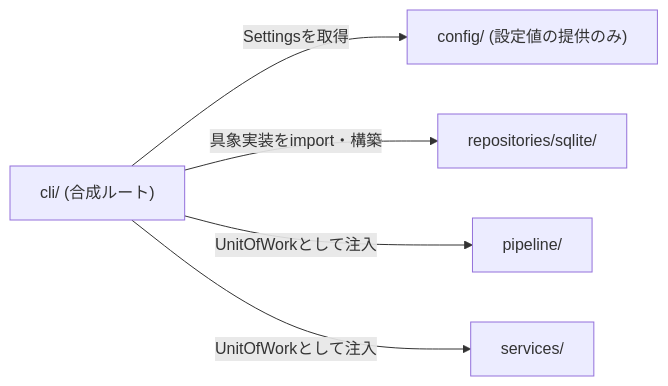
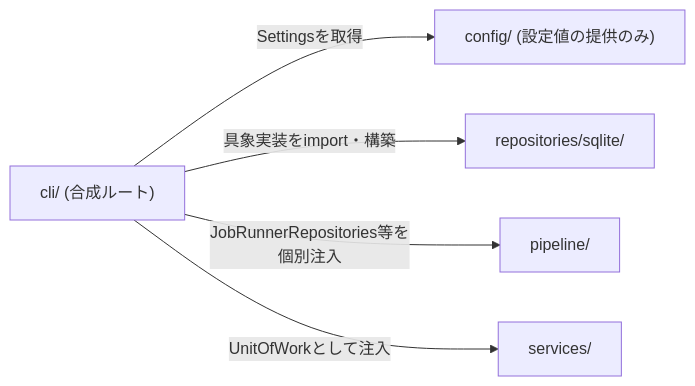
One commit to yastdKHS/MOD_Personnel_DB changed the second of 2 diagrams in docs/api/dependency-rule.md. Above: the diagram before and after it, drawn with Mermaid. The commit also changed other lines of this file and 7 other files, not shown here.

````diff
--- a/docs/api/dependency-rule.md
+++ b/docs/api/dependency-rule.md
@@ -182,7 +185,7 @@
 ```mermaid
 flowchart LR
     cli["cli/ (合成ルート)"] -->|Settingsを取得| config["config/ (設定値の提供のみ)"]
     cli -->|具象実装をimport・構築| repositories_sqlite["repositories/sqlite/"]
-    cli -->|UnitOfWorkとして注入| pipeline["pipeline/"]
+    cli -->|JobRunnerRepositories等を個別注入| pipeline["pipeline/"]
     cli -->|UnitOfWorkとして注入| services["services/"]
 ```
````
